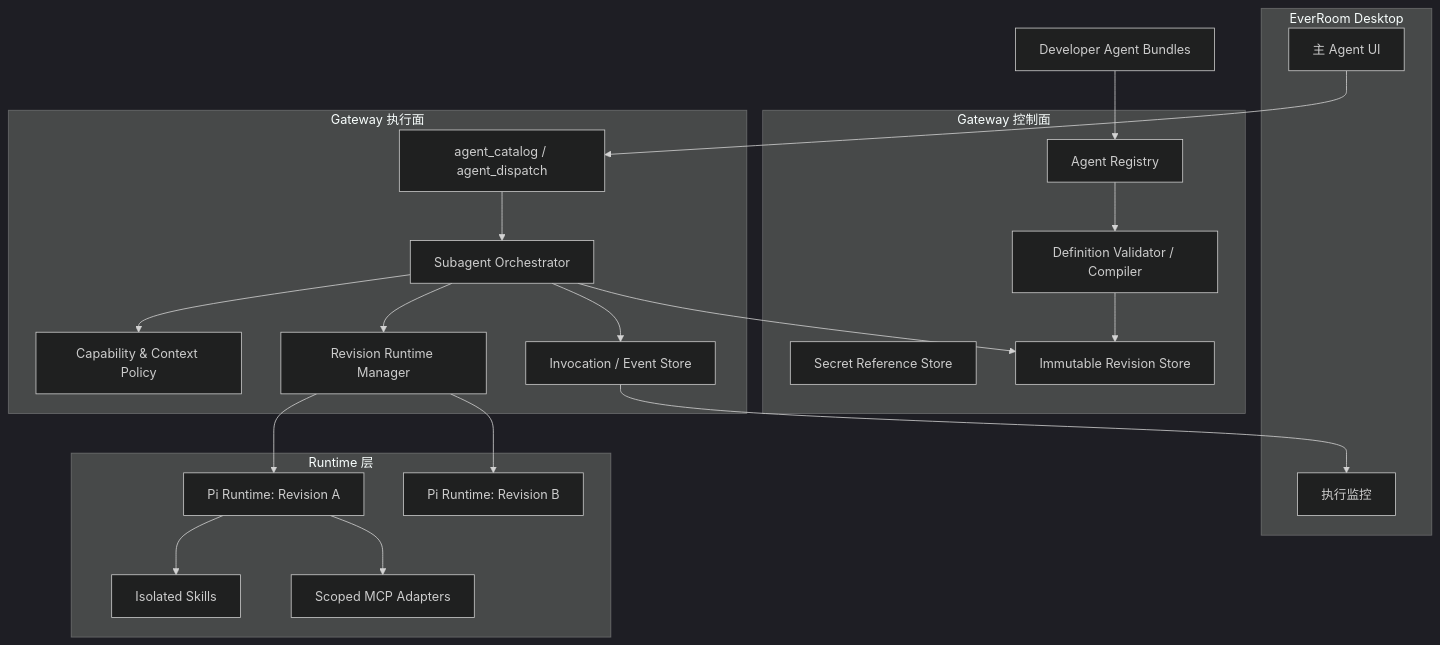
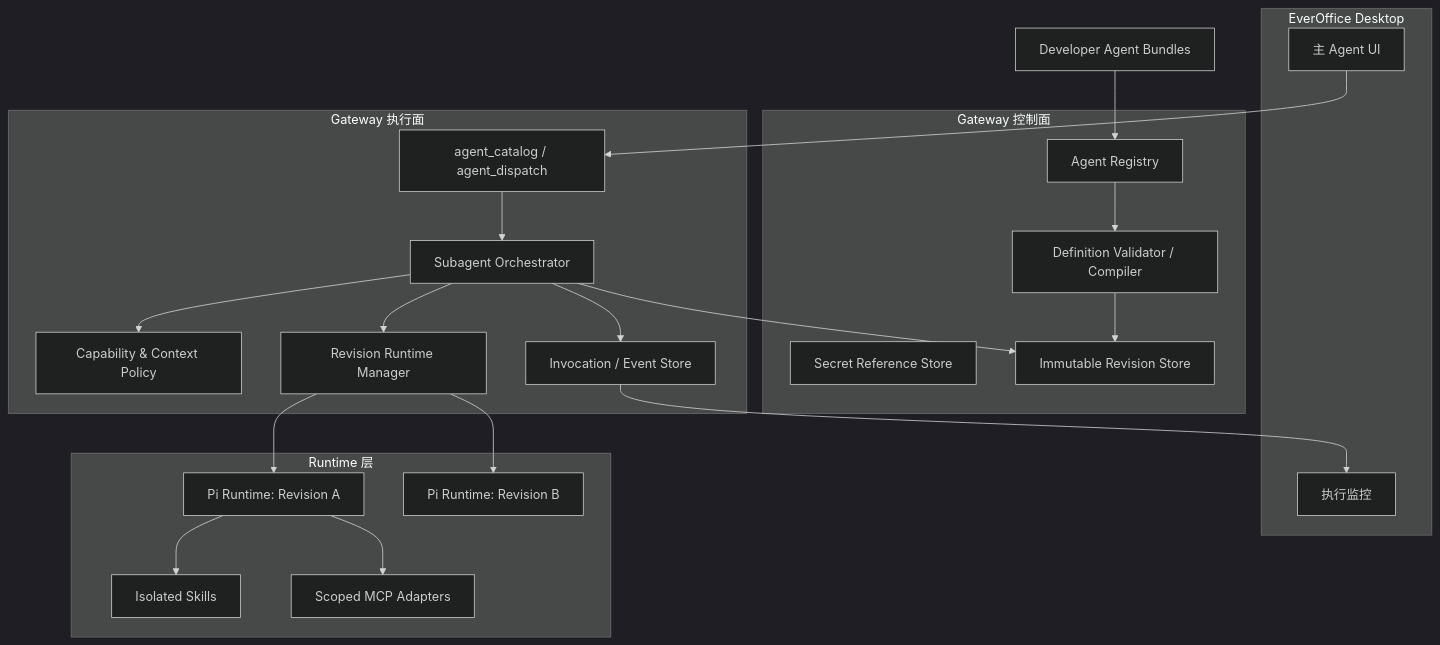
One commit to NxcoreAI/EverRoom changed the first of 2 diagrams in docs/subagent-framework-design.zh-CN.md. Above: the diagram before and after it, drawn with Mermaid (dark theme). The commit also changed other lines of this file and 245 other files, not shown here.

First line of the commit message:
chore(brand)!: EverRoom → EverOffice 全面更名

````diff
--- a/docs/subagent-framework-design.zh-CN.md
+++ b/docs/subagent-framework-design.zh-CN.md
@@ -129,43 +129,43 @@
 ```mermaid
 flowchart TB
-  subgraph Desktop["EverRoom Desktop"]
+  subgraph Desktop["EverOffice Desktop"]
     Chat["主 Agent UI"]
     Monitor["执行监控"]
   end
 
   Files["Developer Agent Bundles"]
 
   subgraph Control["Gateway 控制面"]
     Registry["Agent Registry"]
     Compiler["Definition Validator / Compiler"]
     SecretStore["Secret Reference Store"]
     RevisionStore["Immutable Revision Store"]
   end
 
   subgraph Execution["Gateway 执行面"]
     DispatchTool["agent_catalog / agent_dispatch"]
     Orchestrator["Subagent Orchestrator"]
     Policy["Capability & Context Policy"]
     RuntimeManager["Revision Runtime Manager"]
     EventStore["Invocation / Event Store"]
   end
 
   subgraph Runtime["Runtime 层"]
     PiA["Pi Runtime: Revision A"]
     PiB["Pi Runtime: Revision B"]
     Skills["Isolated Skills"]
     Mcp["Scoped MCP Adapters"]
   end
 
   Files --> Registry --> Compiler --> RevisionStore
   Chat --> DispatchTool --> Orchestrator
   Orchestrator --> RevisionStore
   Orchestrator --> Policy
   Orchestrator --> RuntimeManager
   RuntimeManager --> PiA
   RuntimeManager --> PiB
   PiA --> Skills
   PiA --> Mcp
   Orchestrator --> EventStore
   EventStore --> Monitor
 ```
````
